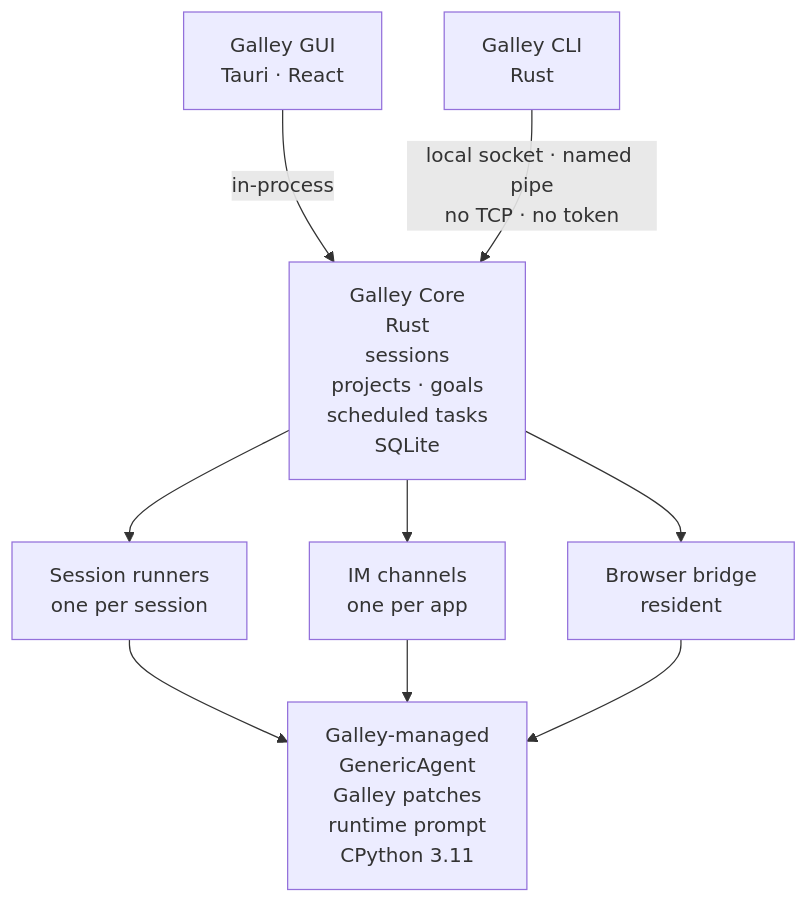
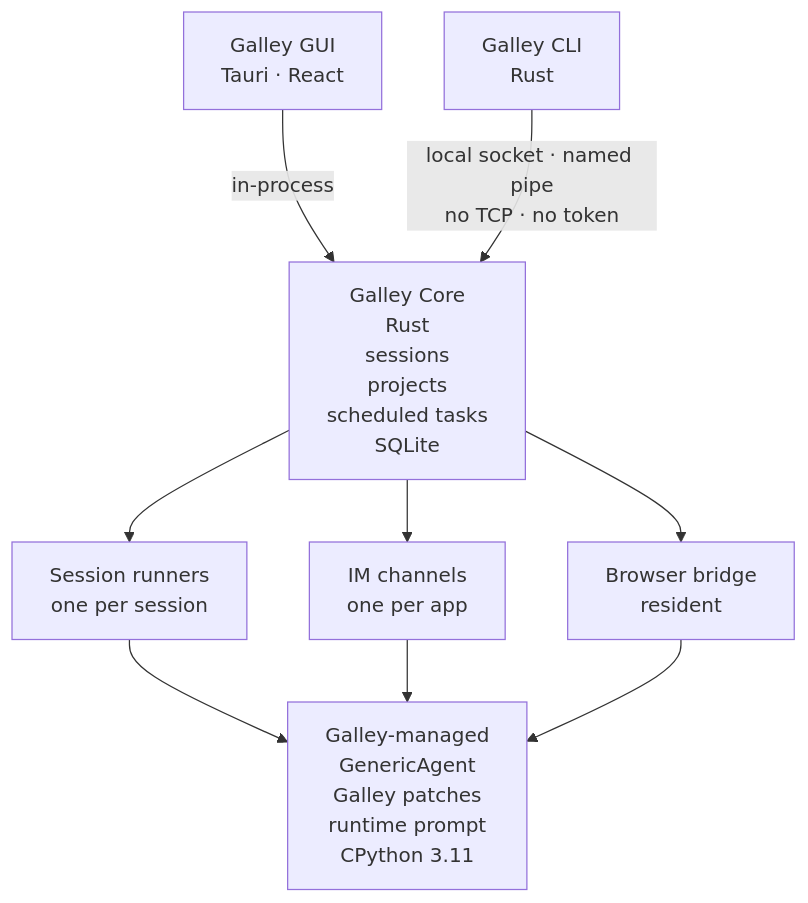
Before and after one commit to wangjc683/galley: the diagram in README.md, drawn with Mermaid. The commit also changed other lines of this file and 46 other files, not shown here.

````diff
--- a/README.md
+++ b/README.md
@@ -192,10 +180,10 @@
 ```mermaid
 flowchart TB
   GUI["Galley GUI<br/>Tauri · React"] -- in-process --> Core
   CLI["Galley CLI<br/>Rust"] -- "local socket · named pipe<br/>no TCP · no token" --> Core
-  Core["Galley Core<br/>Rust<br/>sessions<br/>projects · goals<br/>scheduled tasks<br/>SQLite"]
+  Core["Galley Core<br/>Rust<br/>sessions<br/>projects<br/>scheduled tasks<br/>SQLite"]
   Core --> R["Session runners<br/>one per session"]
   Core --> IM["IM channels<br/>one per app"]
   Core --> BB["Browser bridge<br/>resident"]
   R & IM & BB --> GA["Galley-managed<br/>GenericAgent<br/>Galley patches<br/>runtime prompt<br/>CPython 3.11"]
 ```
````
